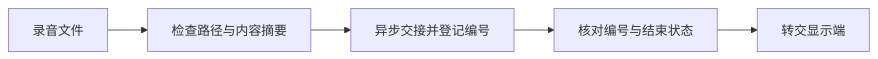
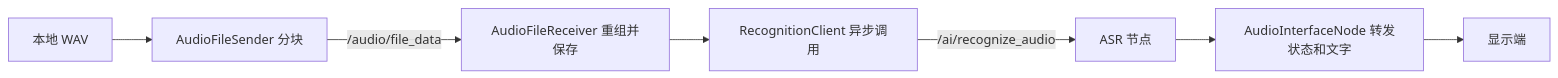
One commit to dreamcather726/ai-interaction-ui changed the first of 2 diagrams in docs/知识点/第二周/接口调用工程师｜第二周专业知识自学清单.md. Above: the diagram before and after it, drawn with Mermaid. The commit also changed other lines of this file and 3 other files, not shown here.

````diff
--- a/docs/知识点/第二周/接口调用工程师｜第二周专业知识自学清单.md
+++ b/docs/知识点/第二周/接口调用工程师｜第二周专业知识自学清单.md
@@ -9,7 +9,9 @@
 ```mermaid
 flowchart LR
-    A[录音文件] --> B[检查路径与内容摘要]
-    B --> C[异步交接并登记编号]
-    C --> D[核对编号与结束状态]
-    D --> E[转交显示端]
+    A[本地 WAV] --> B[AudioFileSender 分块]
+    B -->|/audio/file_data| C[AudioFileReceiver 重组并保存]
+    C --> D[RecognitionClient 异步调用]
+    D -->|/ai/recognize_audio| E[ASR 节点]
+    E --> F[AudioInterfaceNode 转发状态和文字]
+    F --> G[显示端]
 ```
````
